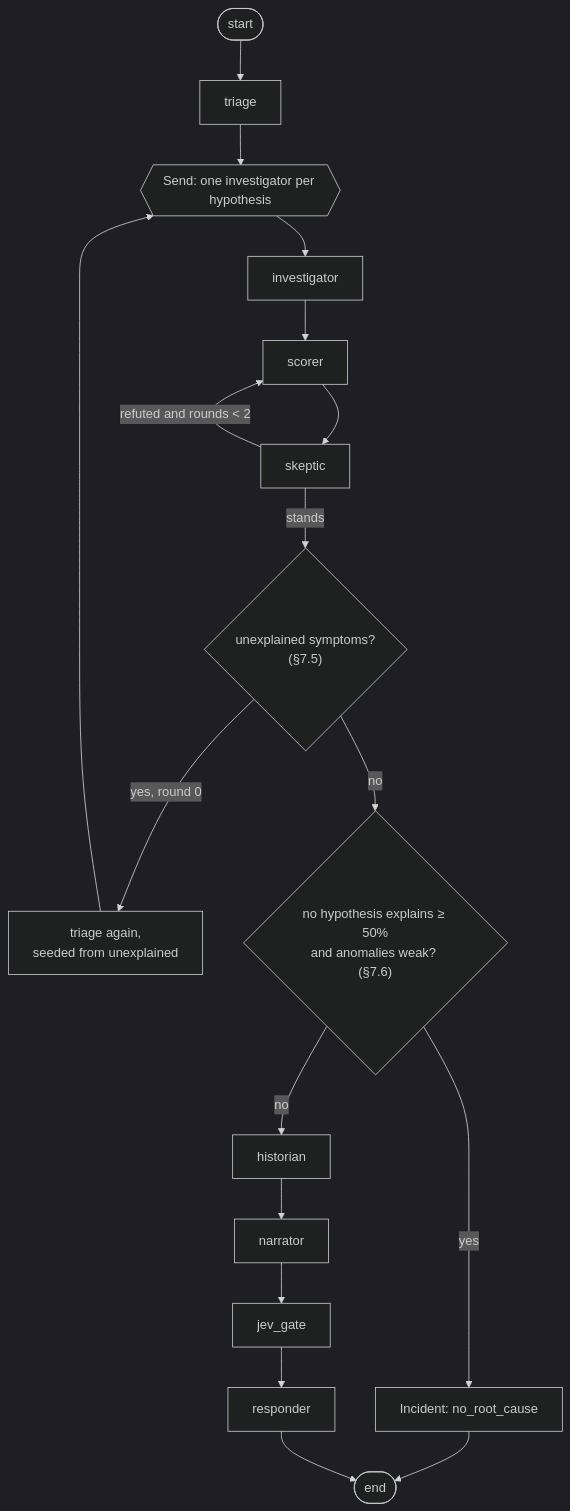
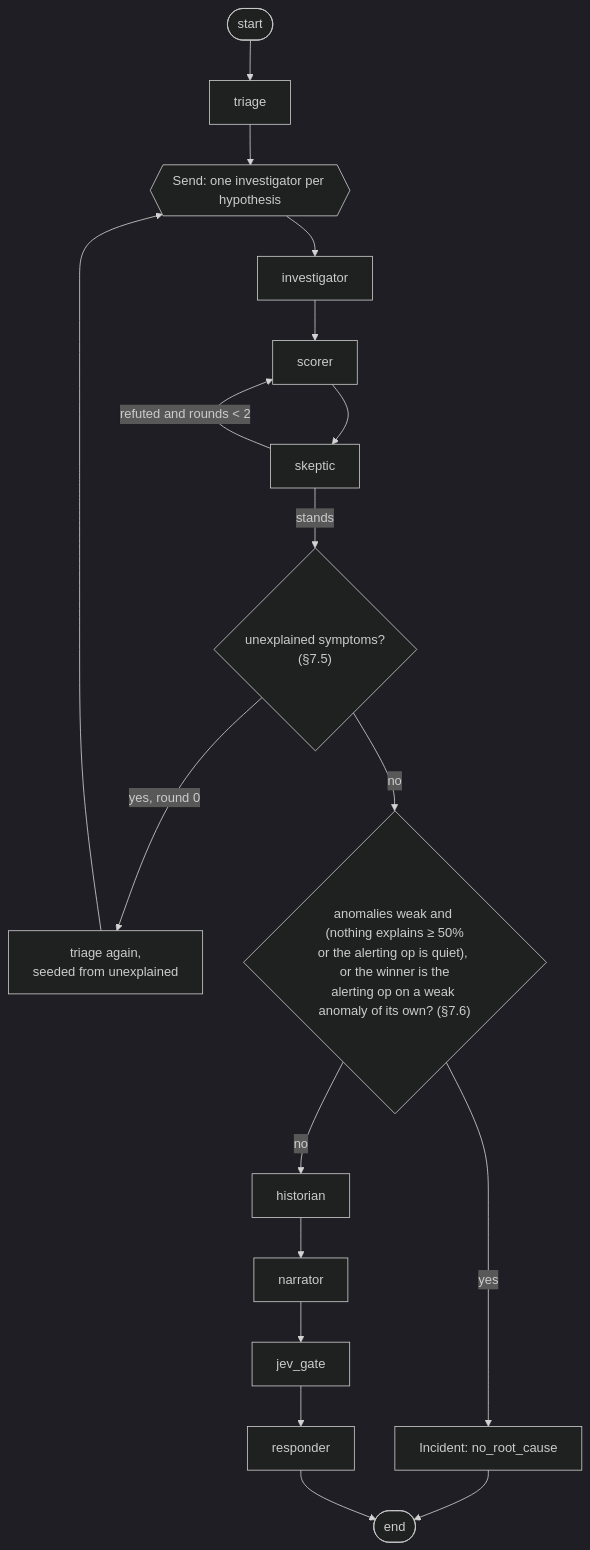
The first of 4 diagrams in docs/LLD.md (Prateek1771/epicenter), drawn with Mermaid (dark theme) before and after one commit. The commit also changed other lines of this file and 68 other files, not shown here.

````diff
--- a/docs/LLD.md
+++ b/docs/LLD.md
@@ -353,18 +408,18 @@
 ```mermaid
 flowchart TD
     S([start]) --> TRI[triage]
     TRI --> FAN{{Send: one investigator per hypothesis}}
     FAN --> INV[investigator]
     INV --> SC[scorer]
     SC --> SK[skeptic]
     SK -->|"refuted and rounds < 2"| SC
     SK -->|"stands"| MF{"unexplained symptoms?<br/>(§7.5)"}
     MF -->|"yes, round 0"| TRI2["triage again,<br/>seeded from unexplained"] --> FAN
-    MF -->|"no"| NR{"no hypothesis explains ≥ 50%<br/>and anomalies weak? (§7.6)"}
+    MF -->|"no"| NR{"anomalies weak and (nothing explains ≥ 50%<br/>or the alerting op is quiet), or the winner is the<br/>alerting op on a weak anomaly of its own? (§7.6)"}
     NR -->|"yes"| NRC["Incident: no_root_cause"] --> E
     NR -->|"no"| HI[historian]
     HI --> NA[narrator]
     NA --> JV[jev_gate]
     JV --> RE[responder]
     RE --> E([end])
 ```
````
